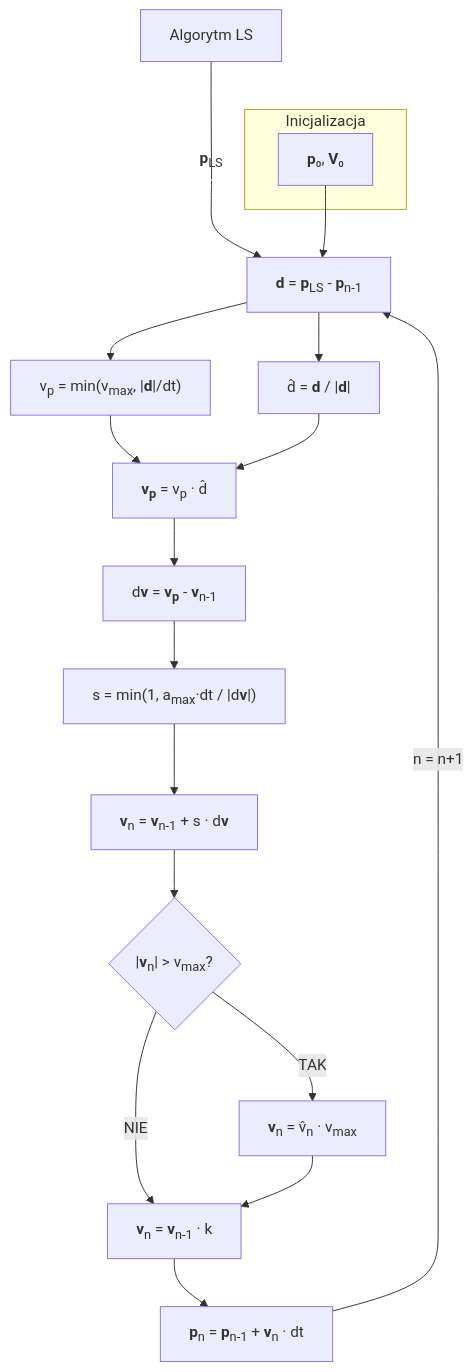
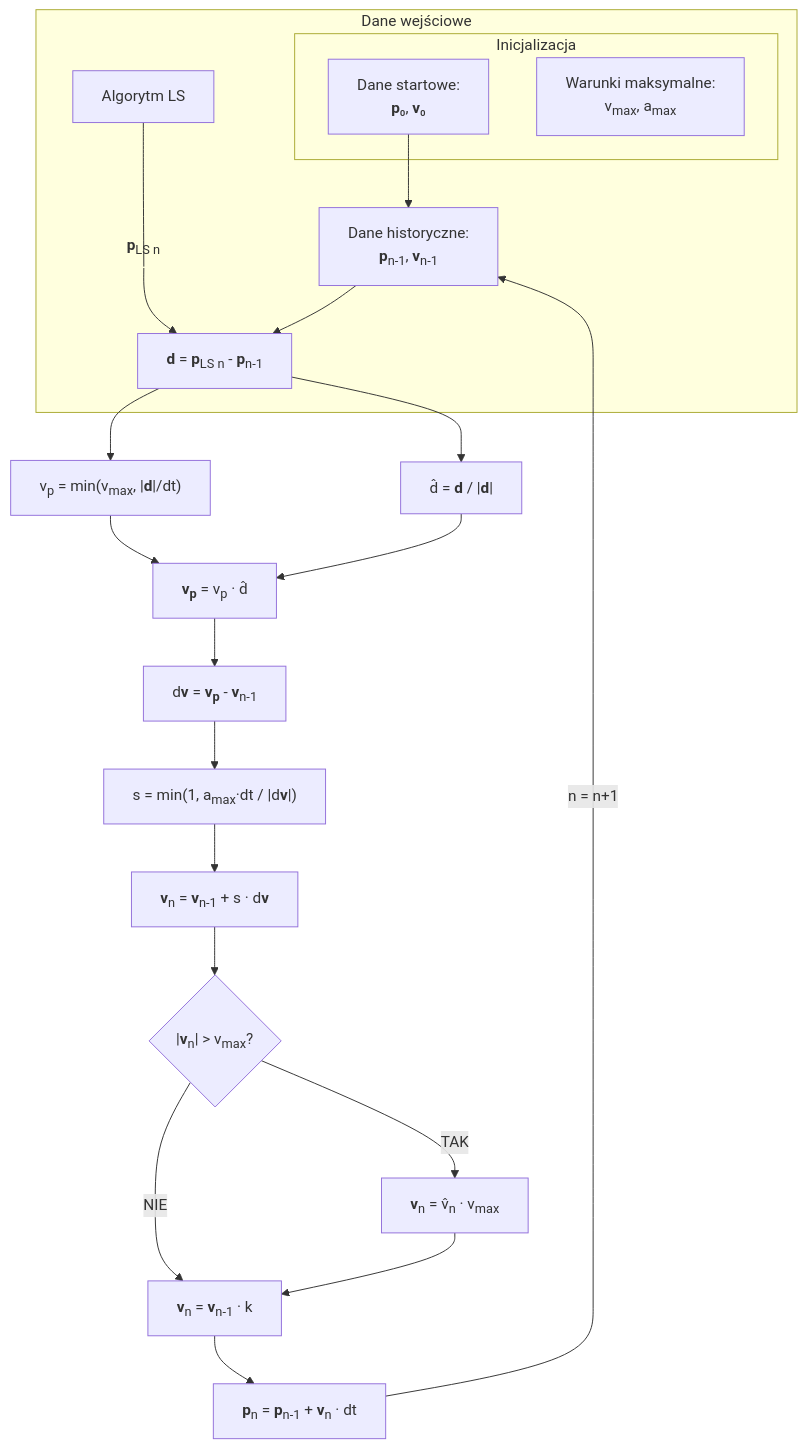
One commit to Korius668/BLE_Indoor_localization changed the diagram in docs/d2lsd_algorytm.md. Above: the diagram before and after it, drawn with Mermaid. The commit also changed other lines of this file and 3 other files, not shown here.

````diff
--- a/docs/d2lsd_algorytm.md
+++ b/docs/d2lsd_algorytm.md
@@ -1,31 +1,37 @@
 ```mermaid
 graph TD
-    subgraph Inicjalizacja
-    A[<b>p</b>₀, <b>V</b>₀]
+    
+
+    subgraph Dane wejściowe 
+        subgraph Inicjalizacja
+        A[Dane startowe: <br><b>p</b>₀, <b>v</b>₀]
+        M[Warunki maksymalne: <br>v<sub>max</sub>, a<sub>max</sub>]
+        end
+    LS
+    A-->N[Dane historyczne: <br><b>p</b><sub>n-1</sub>, <b>v</b><sub>n-1</sub>]
+    LS[Algorytm LS] --- LS_LABEL(["<b>p</b><sub>LS n</sub>"]) --> B
     end
 
-    LS[Algorytm LS] --- LS_LABEL(["<b>p</b><sub>LS</sub>"]) --> B
-    A --> B["<b>d</b> = <b>p</b><sub>LS</sub> - <b>p</b><sub>n-1</sub>"]
+    N --> B["<b>d</b> = <b>p</b><sub>LS n</sub> - <b>p</b><sub>n-1</sub>"]
     B --> C["d̂ = <b>d</b> / |<b>d</b>|"]
 
     B --> D["v<sub>p</sub> = min(v<sub>max</sub>, |<b>d</b>|/dt)"]
     D --> E["<b>v<sub>p</sub></b> = v<sub>p</sub> · d̂"]
     C --> E
     E --> F["d<b>v</b> = <b>v<sub>p</sub></b> - <b>v</b><sub>n-1</sub>"]
 
     F --> G["s = min(1, a<sub>max</sub>·dt / |d<b>v</b>|)"]
     
     G --> H["<b>v</b><sub>n</sub> = <b>v</b><sub>n-1</sub> + s · d<b>v</b>"]
     
     H --> I{"|<b>v</b><sub>n</sub>| > v<sub>max</sub>?"}
     
     I -- TAK --> J["<b>v</b><sub>n</sub> = v̂<sub>n</sub> · v<sub>max</sub>"]
     I -- NIE --> K["<b>v</b><sub>n</sub> = <b>v</b><sub>n-1</sub> · k"]
     J --> K
     K --> L["<b>p</b><sub>n</sub> = <b>p</b><sub>n-1</sub> + <b>v</b><sub>n</sub> · dt"]
 
     
-    L -->|n = n+1| B
-
+    L -->|n = n+1| N
     style LS_LABEL fill:none,stroke:none
 ```
````
